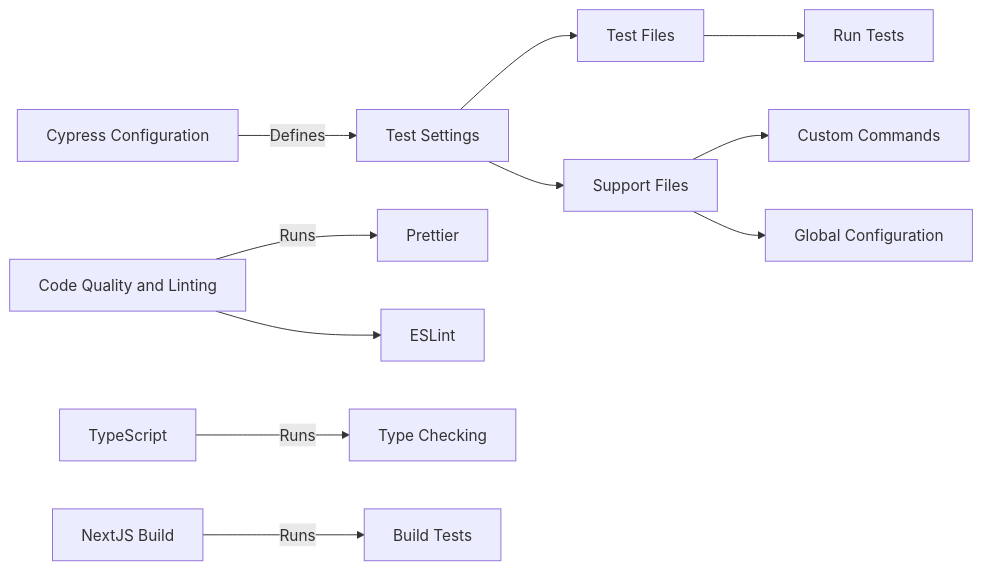
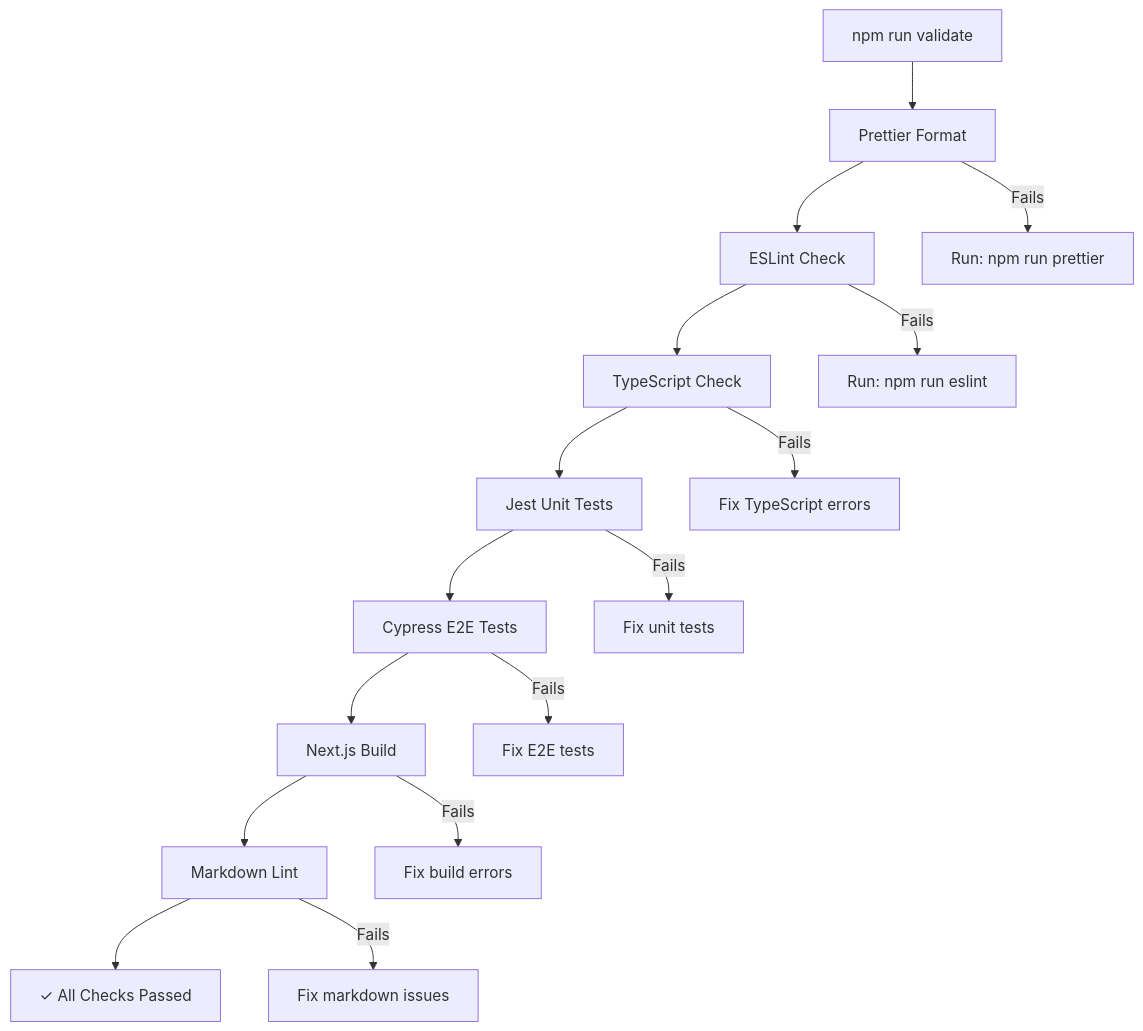
The diagram in docs/usage/testing.md (AlexJSully/AlexJSully-Portfolio), drawn with Mermaid before and after one commit. The commit also changed other lines of this file and 9 other files, not shown here.

````diff
--- a/docs/usage/testing.md
+++ b/docs/usage/testing.md
@@ -19,13 +19,19 @@
 ```mermaid
-flowchart LR
-    A[Cypress Configuration] -->|Defines| B[Test Settings]
-    B --> C[Test Files]
-    B --> D[Support Files]
-    C --> E[Run Tests]
-    D --> F[Custom Commands]
-    D --> G[Global Configuration]
-    L[Code Quality and Linting] -->|Runs| H[Prettier]
-    L --> I[ESLint]
-    T[TypeScript] -->|Runs| J[Type Checking]
-    K[NextJS Build] -->|Runs| M[Build Tests]
+flowchart TD
+    Validate[npm run validate] --> Prettier[Prettier Format]
+    Prettier --> ESLint[ESLint Check]
+    ESLint --> TSC[TypeScript Check]
+    TSC --> Jest[Jest Unit Tests]
+    Jest --> Cypress[Cypress E2E Tests]
+    Cypress --> Build[Next.js Build]
+    Build --> Markdown[Markdown Lint]
+    Markdown --> Success[✓ All Checks Passed]
+
+    Prettier -->|Fails| PrettierFix[Run: npm run prettier]
+    ESLint -->|Fails| ESLintFix[Run: npm run eslint]
+    TSC -->|Fails| TSCFix[Fix TypeScript errors]
+    Jest -->|Fails| JestFix[Fix unit tests]
+    Cypress -->|Fails| CypressFix[Fix E2E tests]
+    Build -->|Fails| BuildFix[Fix build errors]
+    Markdown -->|Fails| MarkdownFix[Fix markdown issues]
 ```
````
